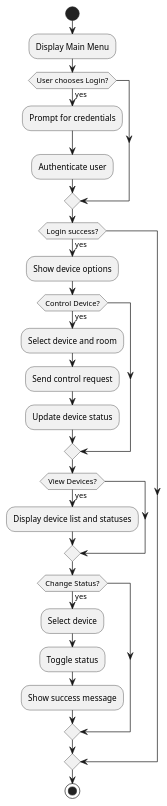
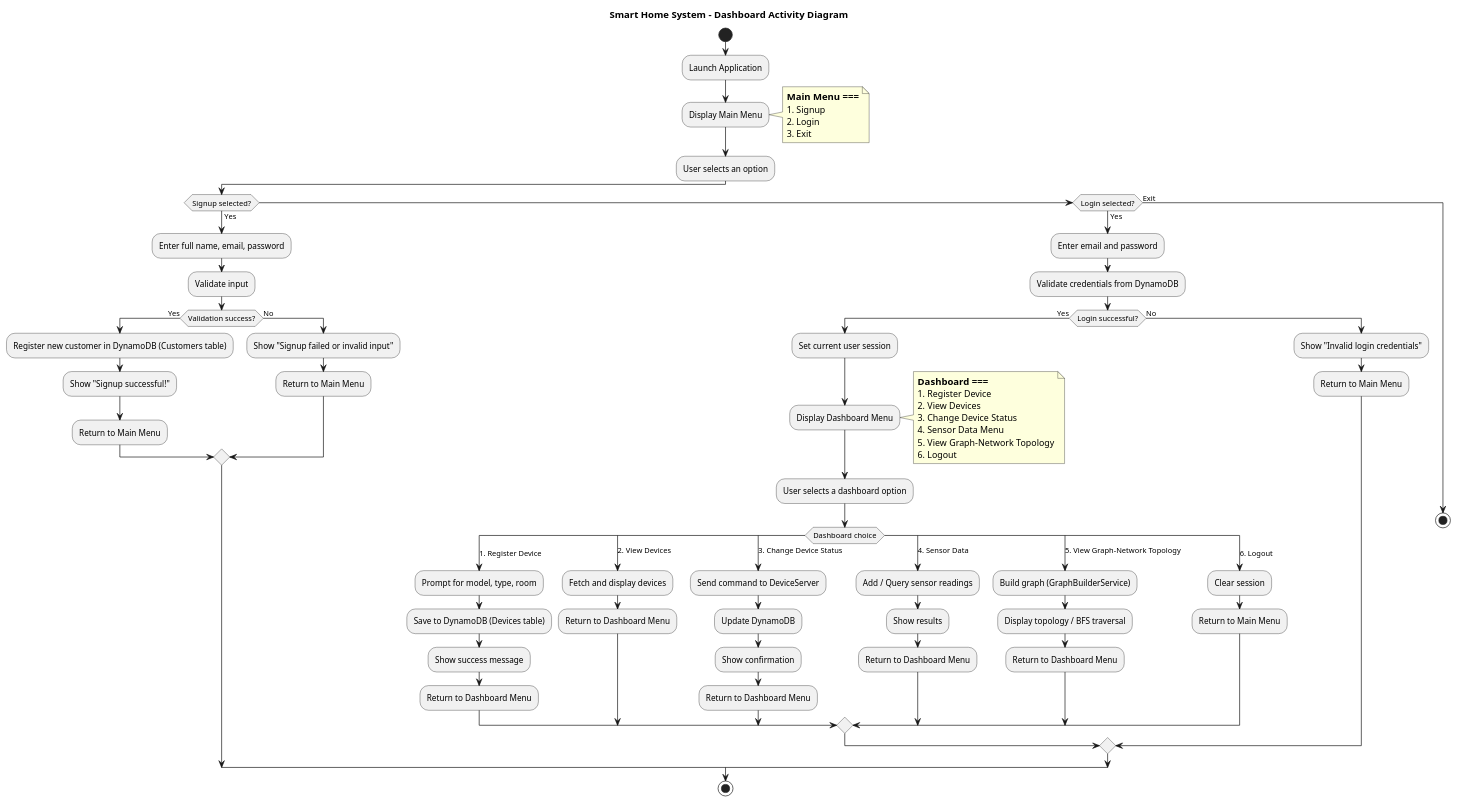
Before and after one commit to shirisha-p-tech/AmazonAtlasBatch2: the diagram in Day2_Design_Diagrams/Dashboard_Activity_Diagram.puml, drawn with PlantUML.

Commit message:
Dashboard Activity Diagram puml

```diff
--- a/Day2_Design_Diagrams/Dashboard_Activity_Diagram.puml
+++ b/Day2_Design_Diagrams/Dashboard_Activity_Diagram.puml
@@ -1,29 +1,85 @@
 @startuml
+title Smart Home System - Dashboard Activity Diagram
+
 start
+
+:Launch Application;
+
 :Display Main Menu;
-if (User chooses Login?) then (yes)
-  :Prompt for credentials;
-  :Authenticate user;
+note right
+=== Main Menu ===
+1. Signup
+2. Login
+3. Exit
+end note
+
+:User selects an option;
+
+if (Signup selected?) then (Yes)
+  :Enter full name, email, password;
+  :Validate input;
+  if (Validation success?) then (Yes)
+    :Register new customer in DynamoDB (Customers table);
+    :Show "Signup successful!";
+    :Return to Main Menu;
+  else (No)
+    :Show "Signup failed or invalid input";
+    :Return to Main Menu;
+  endif
+
+elseif (Login selected?) then (Yes)
+  :Enter email and password;
+  :Validate credentials from DynamoDB;
+  if (Login successful?) then (Yes)
+    :Set current user session;
+    :Display Dashboard Menu;
+    note right
+    === Dashboard ===
+    1. Register Device
+    2. View Devices
+    3. Change Device Status
+    4. Sensor Data Menu
+    5. View Graph-Network Topology
+    6. Logout
+    end note
+
+    :User selects a dashboard option;
+
+    switch (Dashboard choice)
+      case (1. Register Device)
+        :Prompt for model, type, room;
+        :Save to DynamoDB (Devices table);
+        :Show success message;
+        :Return to Dashboard Menu;
+      case (2. View Devices)
+        :Fetch and display devices;
+        :Return to Dashboard Menu;
+      case (3. Change Device Status)
+        :Send command to DeviceServer;
+        :Update DynamoDB;
+        :Show confirmation;
+        :Return to Dashboard Menu;
+      case (4. Sensor Data)
+        :Add / Query sensor readings;
+        :Show results;
+        :Return to Dashboard Menu;
+      case (5. View Graph-Network Topology)
+        :Build graph (GraphBuilderService);
+        :Display topology / BFS traversal;
+        :Return to Dashboard Menu;
+      case (6. Logout)
+        :Clear session;
+        :Return to Main Menu;
+    endswitch
+
+  else (No)
+    :Show "Invalid login credentials";
+    :Return to Main Menu;
+  endif
+
+else (Exit)
+  stop
 endif
 
-if (Login success?) then (yes)
-  :Show device options;
-  if (Control Device?) then (yes)
-    :Select device and room;
-    :Send control request;
-    :Update device status;
-  endif
-
-  if (View Devices?) then (yes)
-    :Display device list and statuses;
-  endif
-
-  if (Change Status?) then (yes)
-    :Select device;
-    :Toggle status;
-    :Show success message;
-  endif
-
-endif
 stop
 @enduml
```
